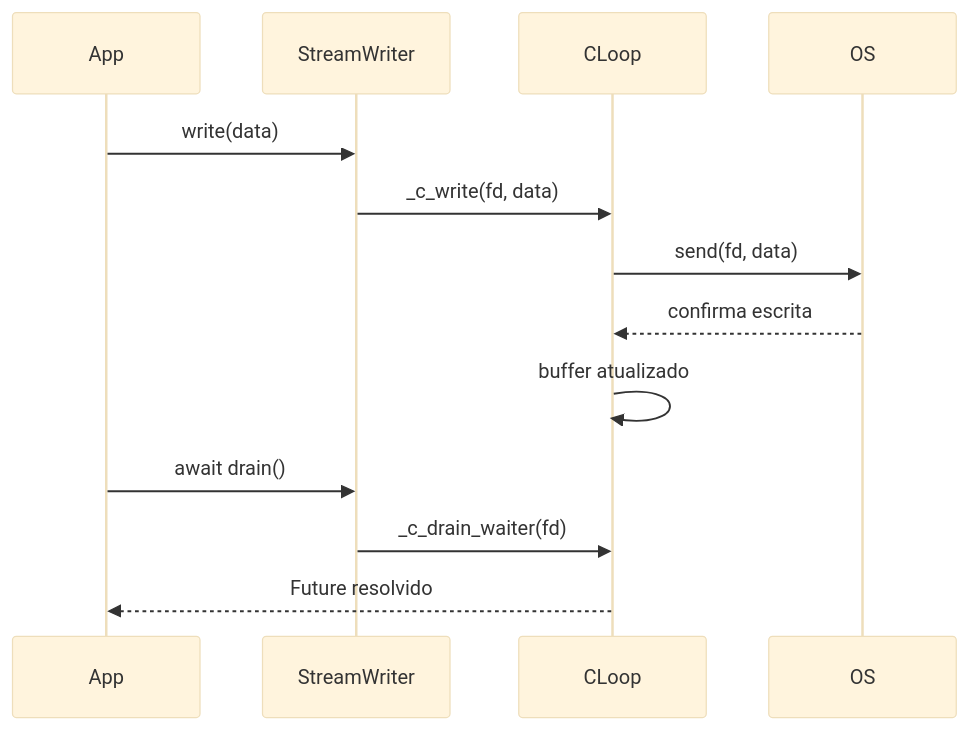
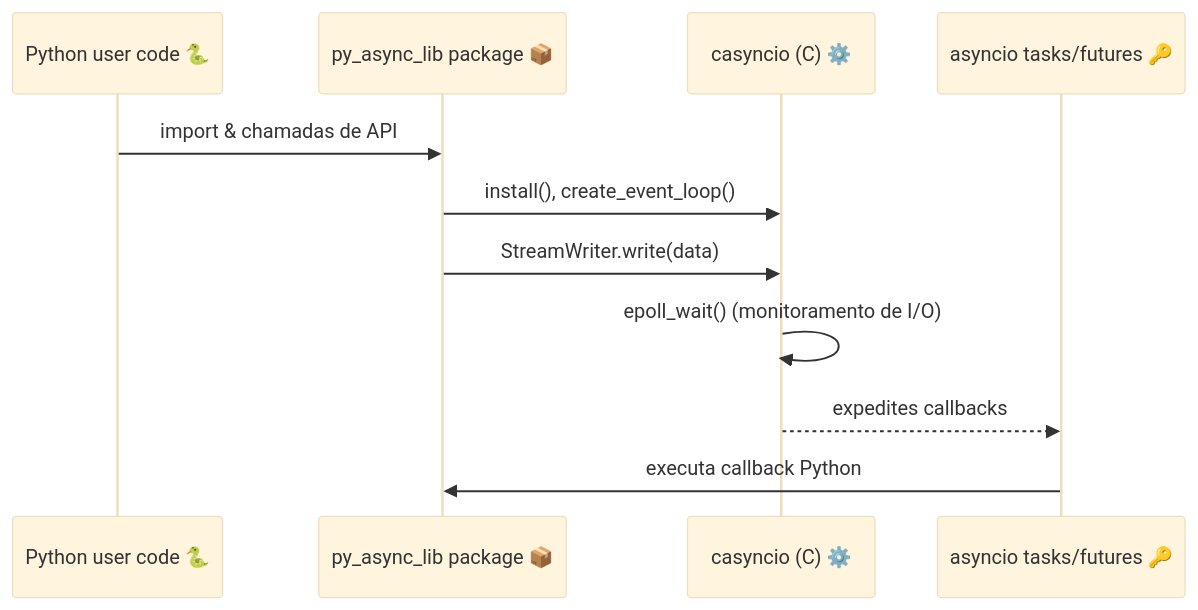
Before and after one commit to diegomrodrigues2/py_async_lib: the second of 3 diagrams in README.md, drawn with Mermaid (base theme). The commit also changed other lines of this file, not shown here.

````diff
--- a/README.md
+++ b/README.md
@@ -63,16 +49,14 @@
 ```mermaid
 sequenceDiagram
-    participant App
-    participant StreamWriter
-    participant CLoop
-    participant OS
+    participant User as Python user code 🐍
+    participant Lib as py_async_lib package 📦
+    participant CLoop as casyncio (C) ⚙️
+    participant Tasks as asyncio tasks/futures 🔑
 
-    App->>StreamWriter: write(data)
-    StreamWriter->>CLoop: _c_write(fd, data)
-    CLoop->>OS: send(fd, data)
-    OS-->>CLoop: confirma escrita
-    CLoop->>CLoop: buffer atualizado
-    App->>StreamWriter: await drain()
-    StreamWriter->>CLoop: _c_drain_waiter(fd)
-    CLoop-->>App: Future resolvido
+    User->>Lib: import & chamadas de API
+    Lib->>CLoop: install(), create_event_loop()
+    Lib->>CLoop: StreamWriter.write(data)
+    CLoop->>CLoop: epoll_wait() (monitoramento de I/O)
+    CLoop-->>Tasks: expedites callbacks
+    Tasks->>Lib: executa callback Python
 ```
````
